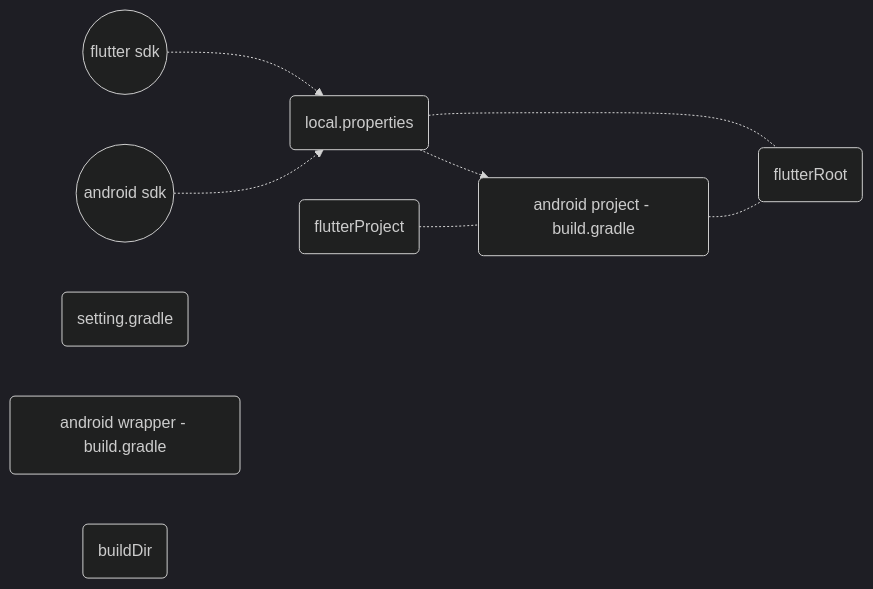
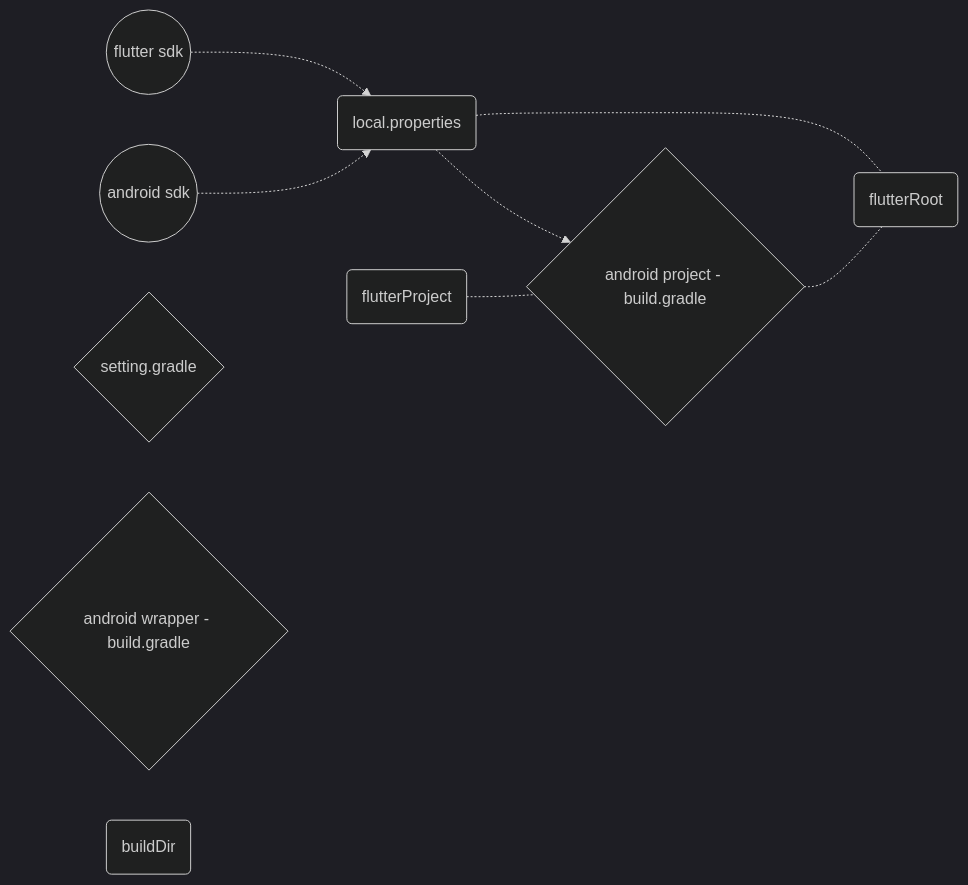
One commit to gordianknotC/nxp_note changed the second of 3 diagrams in flutter/addAndroidProjIntoFlutter.md. Above: the diagram before and after it, drawn with Mermaid (dark theme). The commit also changed other lines of this file, not shown here.

Commit message:
flutter/addAndroidProjIntoFlutter.md updated from https://stackedit.io/

````diff
--- a/flutter/addAndroidProjIntoFlutter.md
+++ b/flutter/addAndroidProjIntoFlutter.md
@@ -241,20 +241,20 @@
 ```mermaid
 graph LR
 	fdk((flutter sdk))
 	adk((android sdk))
 	loc(local.properties)
 	
-	set(setting.gradle)
-	b1(android wrapper - build.gradle)
-	b2(android project - build.gradle)
+	set{setting.gradle}
+	b1{android wrapper - build.gradle}
+	b2{android project - build.gradle}
 	dfr(flutterRoot)
 	dfp(flutterProject)
 	dfb(buildDir)
 	
 	fdk -.-> loc
 	adk -.-> loc
 	loc -.-> b2
 	loc -.- dfr
 	b2 -.- dfr
 	dfp -.- b2
 ```
````
